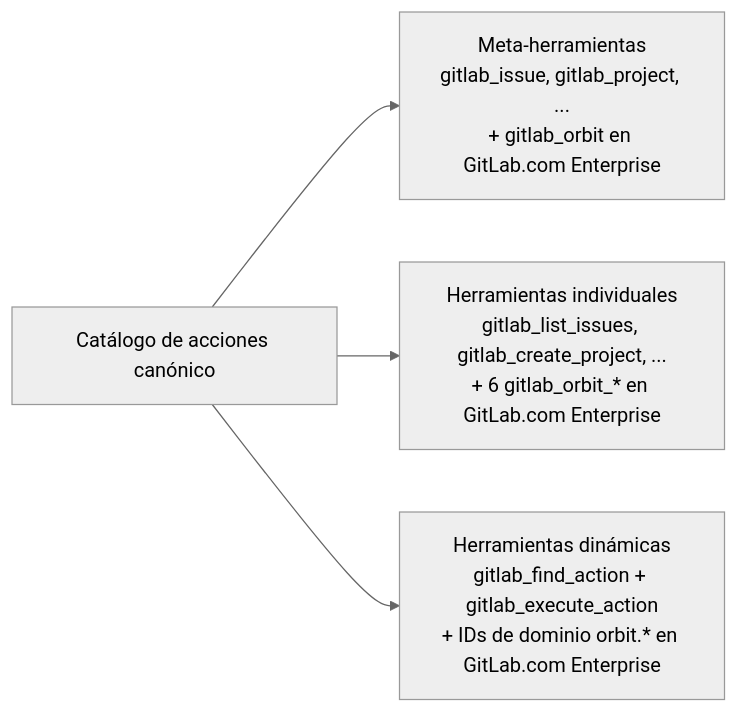
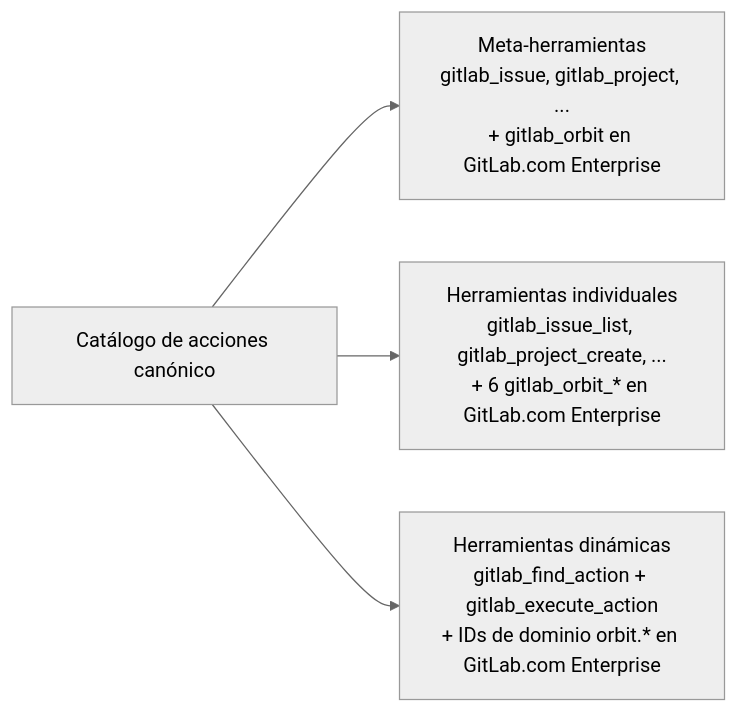
Before and after one commit to jmrplens/gitlab-mcp-server: the fourth of 6 diagrams in site/src/content/docs/es/architecture.mdx, drawn with Mermaid (neutral theme). The commit also changed other lines of this file and 112 other files, not shown here.

````diff
--- a/site/src/content/docs/es/architecture.mdx
+++ b/site/src/content/docs/es/architecture.mdx
@@ -133,6 +133,6 @@
 ```mermaid
 graph LR
     catalog[Catálogo de acciones canónico] --> meta["Meta-herramientas<br/>gitlab_issue, gitlab_project, ...<br/>+ gitlab_orbit en GitLab.com Enterprise"]
-    catalog --> individual["Herramientas individuales<br/>gitlab_list_issues, gitlab_create_project, ...<br/>+ 6 gitlab_orbit_* en GitLab.com Enterprise"]
+    catalog --> individual["Herramientas individuales<br/>gitlab_issue_list, gitlab_project_create, ...<br/>+ 6 gitlab_orbit_* en GitLab.com Enterprise"]
     catalog --> dynamic["Herramientas dinámicas<br/>gitlab_find_action + gitlab_execute_action<br/>+ IDs de dominio orbit.* en GitLab.com Enterprise"]
 ```
````
